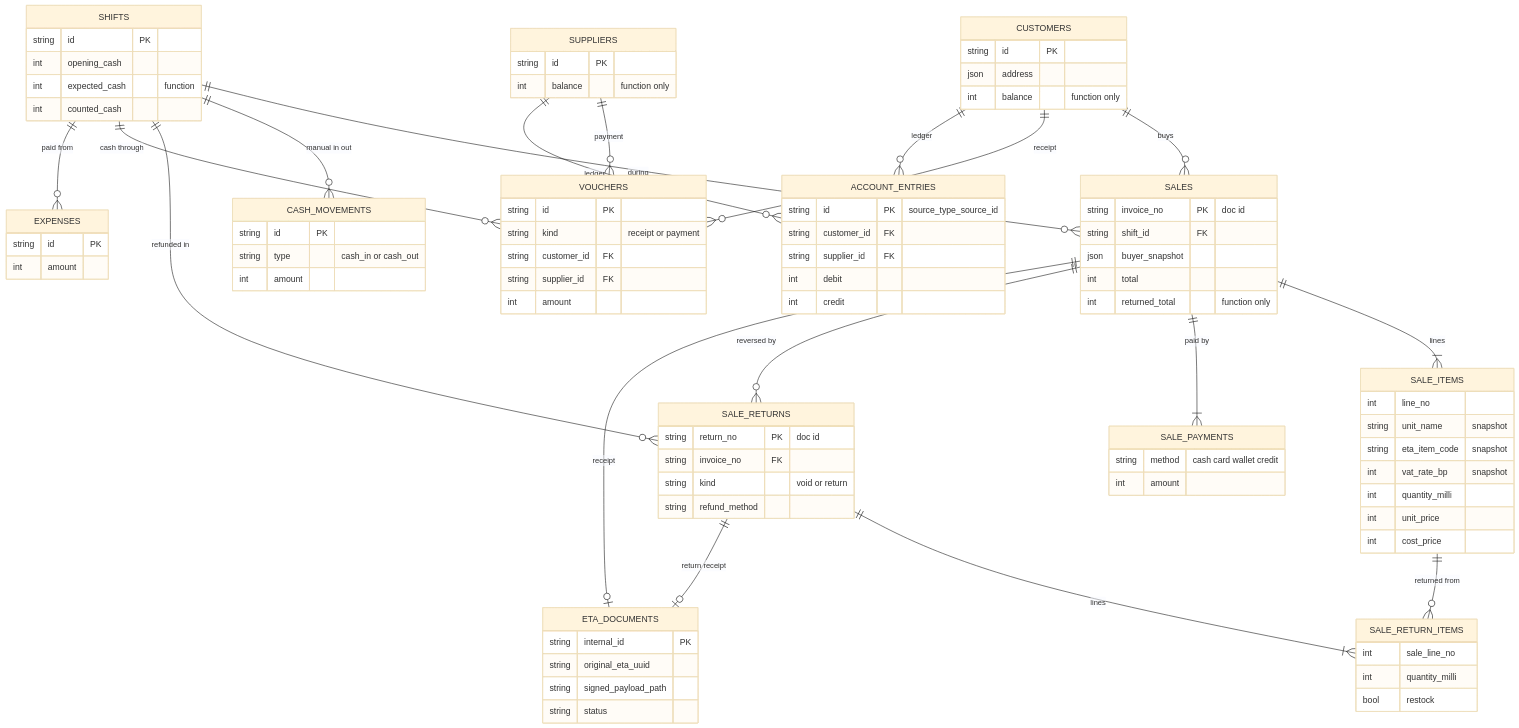
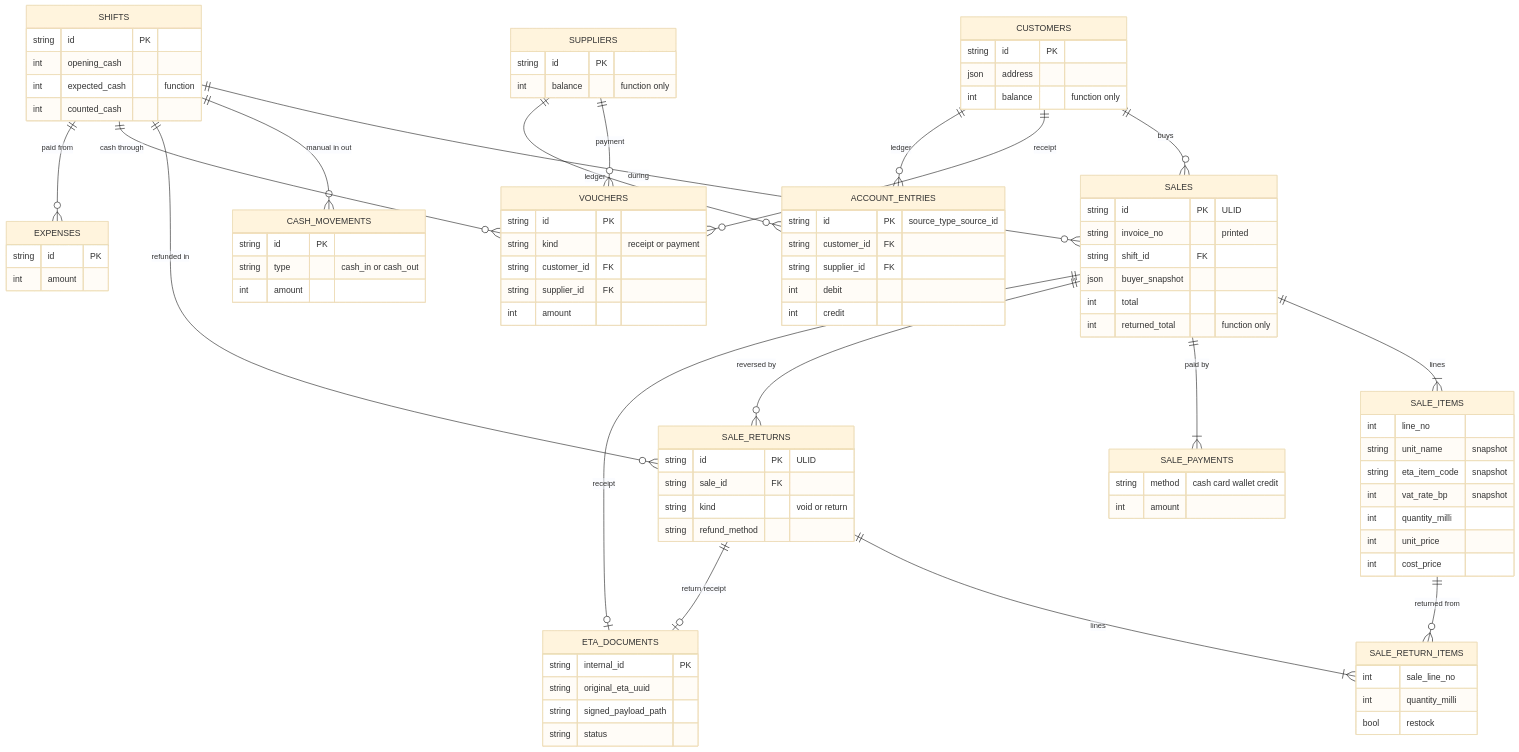
Before and after one commit to omar-fathalla/Tashil-ERP: the third of 3 diagrams in docs/database/multi-tenant-plan.md, drawn with Mermaid (base theme). The commit also changed other lines of this file and 3 other files, not shown here.

```diff
--- a/docs/database/multi-tenant-plan.md
+++ b/docs/database/multi-tenant-plan.md
@@ -470,7 +473,8 @@
     SALE_RETURNS ||--o| ETA_DOCUMENTS : "return receipt"
 
     SALES {
-        string invoice_no PK "doc id"
+        string id PK "ULID"
+        string invoice_no "printed"
         string shift_id FK
         json buyer_snapshot
         int total
@@ -490,8 +494,8 @@
         int amount
     }
     SALE_RETURNS {
-        string return_no PK "doc id"
-        string invoice_no FK
+        string id PK "ULID"
+        string sale_id FK
         string kind "void or return"
         string refund_method
     }
```
